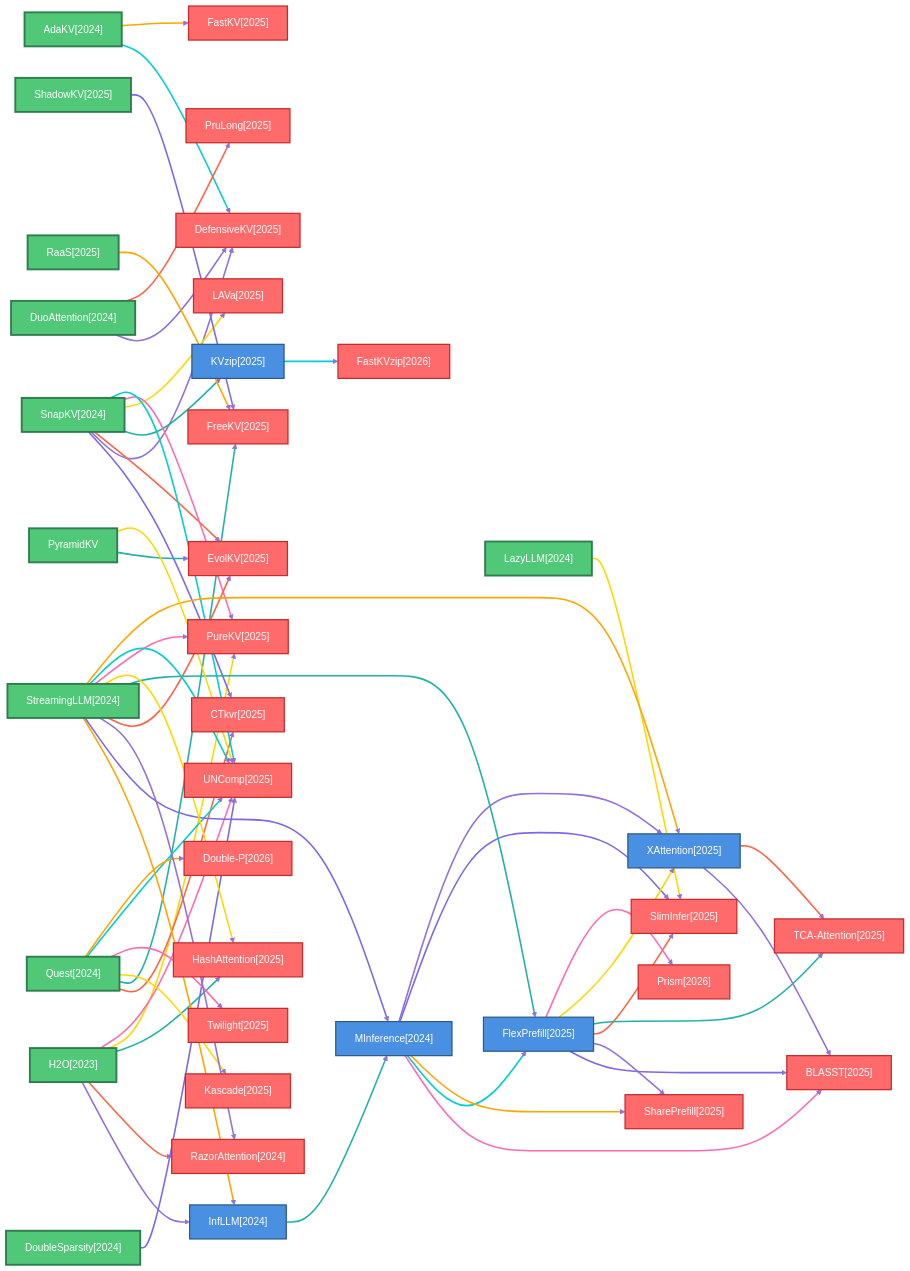
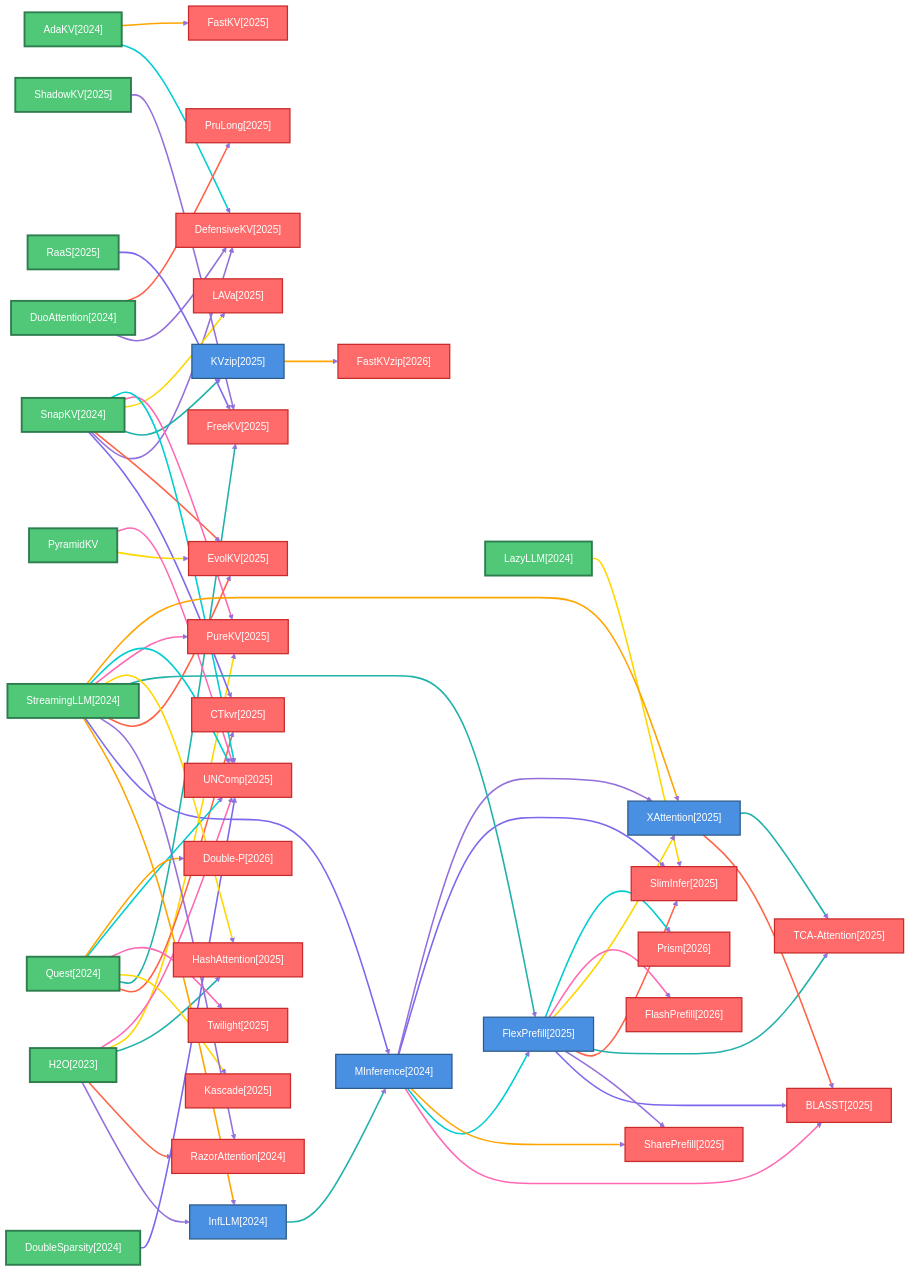
Before and after one commit to hustzxd/EfficientPaper: the first of 11 diagrams in docs/baseline_methods_graph.md, drawn with Mermaid. The commit also changed other lines of this file and 37 other files, not shown here.

````diff
--- a/docs/baseline_methods_graph.md
+++ b/docs/baseline_methods_graph.md
@@ -83,6 +83,8 @@
     class 2026_Double_P leafNode
     2026_FastKVzip["FastKVzip[2026]"]
     class 2026_FastKVzip leafNode
+    2026_FlashPrefill["FlashPrefill[2026]"]
+    class 2026_FlashPrefill leafNode
     2026_Prism["Prism[2026]"]
     class 2026_Prism leafNode
     PyramidKV["PyramidKV"]
@@ -176,20 +178,22 @@
     linkStyle 42 stroke:#20B2AA,stroke-width:2.5px
     2025_FlexPrefill ==>|" "| 2025_XAttention
     linkStyle 43 stroke:#FFD700,stroke-width:2.5px
+    2025_FlexPrefill ==>|" "| 2026_FlashPrefill
+    linkStyle 44 stroke:#FF69B4,stroke-width:2.5px
     2025_FlexPrefill ==>|" "| 2026_Prism
-    linkStyle 44 stroke:#FF69B4,stroke-width:2.5px
+    linkStyle 45 stroke:#00CED1,stroke-width:2.5px
     2025_KVzip ==>|" "| 2026_FastKVzip
-    linkStyle 45 stroke:#00CED1,stroke-width:2.5px
+    linkStyle 46 stroke:#FFA500,stroke-width:2.5px
     2025_RaaS ==>|" "| 2025_FreeKV
-    linkStyle 46 stroke:#FFA500,stroke-width:2.5px
+    linkStyle 47 stroke:#7B68EE,stroke-width:2.5px
     2025_ShadowKV ==>|" "| 2025_FreeKV
-    linkStyle 47 stroke:#7B68EE,stroke-width:2.5px
+    linkStyle 48 stroke:#9370DB,stroke-width:2.5px
     2025_XAttention ==>|" "| 2025_BLASST
-    linkStyle 48 stroke:#9370DB,stroke-width:2.5px
+    linkStyle 49 stroke:#FF6347,stroke-width:2.5px
     2025_XAttention ==>|" "| 2025_TCA_Attention
-    linkStyle 49 stroke:#FF6347,stroke-width:2.5px
+    linkStyle 50 stroke:#20B2AA,stroke-width:2.5px
     PyramidKV ==>|" "| 2025_EvolKV
-    linkStyle 50 stroke:#20B2AA,stroke-width:2.5px
+    linkStyle 51 stroke:#FFD700,stroke-width:2.5px
     PyramidKV ==>|" "| 2025_UNComp
-    linkStyle 51 stroke:#FFD700,stroke-width:2.5px
+    linkStyle 52 stroke:#FF69B4,stroke-width:2.5px
 ```
````
